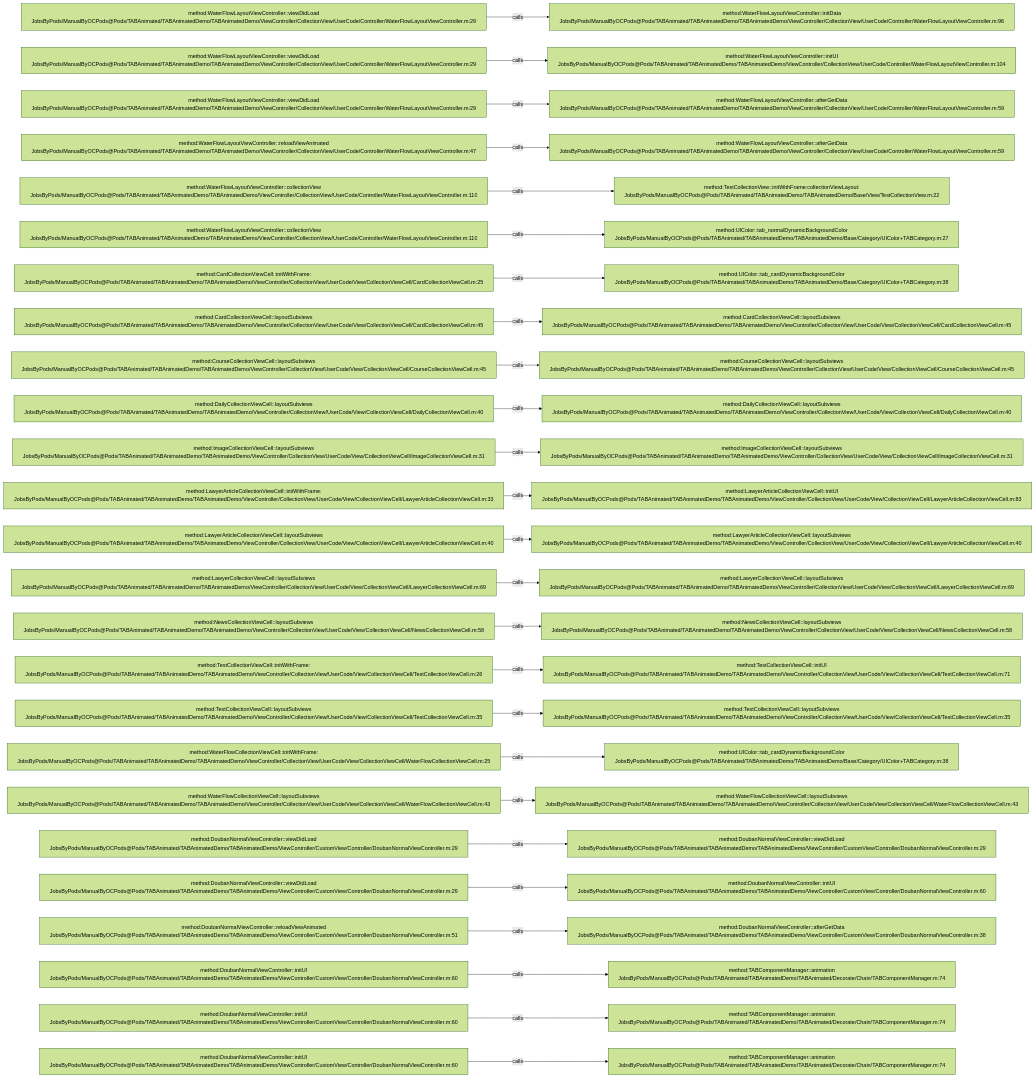
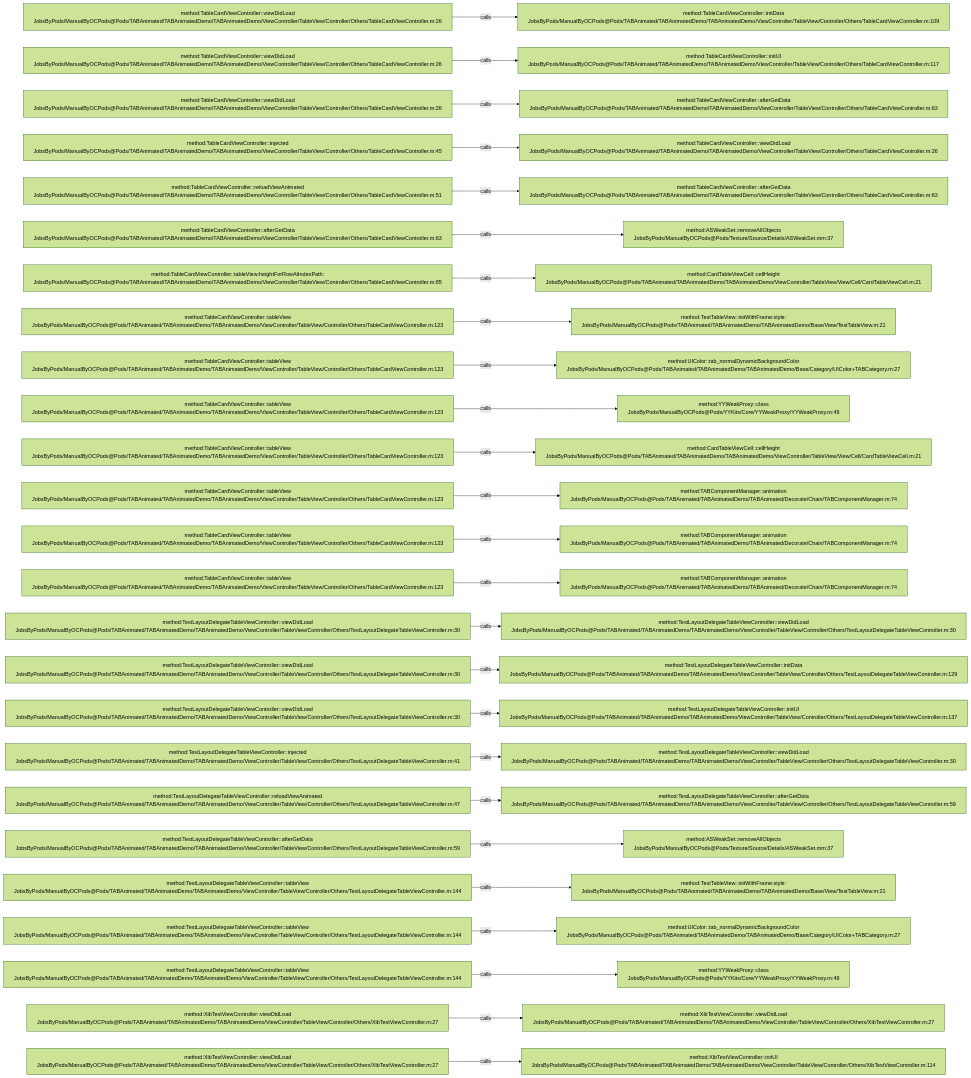
The diagram in .codegraph/codegraph.md/graphs/calls-051.md (JobsKits/JobsOCBaseConfigDemo), drawn with Mermaid (forest theme) before and after one commit. The commit also changed 1448 other files, not shown here.

````diff
--- a/.codegraph/codegraph.md/graphs/calls-051.md
+++ b/.codegraph/codegraph.md/graphs/calls-051.md
@@ -13,78 +13,78 @@
 ```mermaid
 flowchart LR
-  S1["method:WaterFlowLayoutViewController::viewDidLoad<br/>JobsByPods/ManualByOCPods@Pods/TABAnimated/TABAnimatedDemo/TABAnimatedDemo/ViewController/CollectionView/UserCode/Controller/WaterFlowLayoutViewController.m:29"]
-  T1["method:WaterFlowLayoutViewController::initData<br/>JobsByPods/ManualByOCPods@Pods/TABAnimated/TABAnimatedDemo/TABAnimatedDemo/ViewController/CollectionView/UserCode/Controller/WaterFlowLayoutViewController.m:96"]
+  S1["method:TableCardViewController::viewDidLoad<br/>JobsByPods/ManualByOCPods@Pods/TABAnimated/TABAnimatedDemo/TABAnimatedDemo/ViewController/TableView/Controller/Others/TableCardViewController.m:26"]
+  T1["method:TableCardViewController::initData<br/>JobsByPods/ManualByOCPods@Pods/TABAnimated/TABAnimatedDemo/TABAnimatedDemo/ViewController/TableView/Controller/Others/TableCardViewController.m:109"]
   S1 -->|calls| T1
-  S2["method:WaterFlowLayoutViewController::viewDidLoad<br/>JobsByPods/ManualByOCPods@Pods/TABAnimated/TABAnimatedDemo/TABAnimatedDemo/ViewController/CollectionView/UserCode/Controller/WaterFlowLayoutViewController.m:29"]
-  T2["method:WaterFlowLayoutViewController::initUI<br/>JobsByPods/ManualByOCPods@Pods/TABAnimated/TABAnimatedDemo/TABAnimatedDemo/ViewController/CollectionView/UserCode/Controller/WaterFlowLayoutViewController.m:104"]
+  S2["method:TableCardViewController::viewDidLoad<br/>JobsByPods/ManualByOCPods@Pods/TABAnimated/TABAnimatedDemo/TABAnimatedDemo/ViewController/TableView/Controller/Others/TableCardViewController.m:26"]
+  T2["method:TableCardViewController::initUI<br/>JobsByPods/ManualByOCPods@Pods/TABAnimated/TABAnimatedDemo/TABAnimatedDemo/ViewController/TableView/Controller/Others/TableCardViewController.m:117"]
   S2 -->|calls| T2
-  S3["method:WaterFlowLayoutViewController::viewDidLoad<br/>JobsByPods/ManualByOCPods@Pods/TABAnimated/TABAnimatedDemo/TABAnimatedDemo/ViewController/CollectionView/UserCode/Controller/WaterFlowLayoutViewController.m:29"]
-  T3["method:WaterFlowLayoutViewController::afterGetData<br/>JobsByPods/ManualByOCPods@Pods/TABAnimated/TABAnimatedDemo/TABAnimatedDemo/ViewController/CollectionView/UserCode/Controller/WaterFlowLayoutViewController.m:59"]
+  S3["method:TableCardViewController::viewDidLoad<br/>JobsByPods/ManualByOCPods@Pods/TABAnimated/TABAnimatedDemo/TABAnimatedDemo/ViewController/TableView/Controller/Others/TableCardViewController.m:26"]
+  T3["method:TableCardViewController::afterGetData<br/>JobsByPods/ManualByOCPods@Pods/TABAnimated/TABAnimatedDemo/TABAnimatedDemo/ViewController/TableView/Controller/Others/TableCardViewController.m:63"]
   S3 -->|calls| T3
-  S4["method:WaterFlowLayoutViewController::reloadViewAnimated<br/>JobsByPods/ManualByOCPods@Pods/TABAnimated/TABAnimatedDemo/TABAnimatedDemo/ViewController/CollectionView/UserCode/Controller/WaterFlowLayoutViewController.m:47"]
-  T4["method:WaterFlowLayoutViewController::afterGetData<br/>JobsByPods/ManualByOCPods@Pods/TABAnimated/TABAnimatedDemo/TABAnimatedDemo/ViewController/CollectionView/UserCode/Controller/WaterFlowLayoutViewController.m:59"]
+  S4["method:TableCardViewController::injected<br/>JobsByPods/ManualByOCPods@Pods/TABAnimated/TABAnimatedDemo/TABAnimatedDemo/ViewController/TableView/Controller/Others/TableCardViewController.m:45"]
+  T4["method:TableCardViewController::viewDidLoad<br/>JobsByPods/ManualByOCPods@Pods/TABAnimated/TABAnimatedDemo/TABAnimatedDemo/ViewController/TableView/Controller/Others/TableCardViewController.m:26"]
   S4 -->|calls| T4
-  S5["method:WaterFlowLayoutViewController::collectionView<br/>JobsByPods/ManualByOCPods@Pods/TABAnimated/TABAnimatedDemo/TABAnimatedDemo/ViewController/CollectionView/UserCode/Controller/WaterFlowLayoutViewController.m:110"]
-  T5["method:TestCollectionView::initWithFrame:collectionViewLayout:<br/>JobsByPods/ManualByOCPods@Pods/TABAnimated/TABAnimatedDemo/TABAnimatedDemo/Base/View/TestCollectionView.m:22"]
+  S5["method:TableCardViewController::reloadViewAnimated<br/>JobsByPods/ManualByOCPods@Pods/TABAnimated/TABAnimatedDemo/TABAnimatedDemo/ViewController/TableView/Controller/Others/TableCardViewController.m:51"]
+  T5["method:TableCardViewController::afterGetData<br/>JobsByPods/ManualByOCPods@Pods/TABAnimated/TABAnimatedDemo/TABAnimatedDemo/ViewController/TableView/Controller/Others/TableCardViewController.m:63"]
   S5 -->|calls| T5
-  S6["method:WaterFlowLayoutViewController::collectionView<br/>JobsByPods/ManualByOCPods@Pods/TABAnimated/TABAnimatedDemo/TABAnimatedDemo/ViewController/CollectionView/UserCode/Controller/WaterFlowLayoutViewController.m:110"]
-  T6["method:UIColor::tab_normalDynamicBackgroundColor<br/>JobsByPods/ManualByOCPods@Pods/TABAnimated/TABAnimatedDemo/TABAnimatedDemo/Base/Category/UIColor+TABCategory.m:27"]
+  S6["method:TableCardViewController::afterGetData<br/>JobsByPods/ManualByOCPods@Pods/TABAnimated/TABAnimatedDemo/TABAnimatedDemo/ViewController/TableView/Controller/Others/TableCardViewController.m:63"]
+  T6["method:ASWeakSet::removeAllObjects<br/>JobsByPods/ManualByOCPods@Pods/Texture/Source/Details/ASWeakSet.mm:37"]
   S6 -->|calls| T6
-  S7["method:CardCollectionViewCell::initWithFrame:<br/>JobsByPods/ManualByOCPods@Pods/TABAnimated/TABAnimatedDemo/TABAnimatedDemo/ViewController/CollectionView/UserCode/View/CollectionViewCell/CardCollectionViewCell.m:25"]
-  T7["method:UIColor::tab_cardDynamicBackgroundColor<br/>JobsByPods/ManualByOCPods@Pods/TABAnimated/TABAnimatedDemo/TABAnimatedDemo/Base/Category/UIColor+TABCategory.m:38"]
+  S7["method:TableCardViewController::tableView:heightForRowAtIndexPath:<br/>JobsByPods/ManualByOCPods@Pods/TABAnimated/TABAnimatedDemo/TABAnimatedDemo/ViewController/TableView/Controller/Others/TableCardViewController.m:85"]
+  T7["method:CardTableViewCell::cellHeight<br/>JobsByPods/ManualByOCPods@Pods/TABAnimated/TABAnimatedDemo/TABAnimatedDemo/ViewController/TableView/View/Cell/CardTableViewCell.m:21"]
   S7 -->|calls| T7
-  S8["method:CardCollectionViewCell::layoutSubviews<br/>JobsByPods/ManualByOCPods@Pods/TABAnimated/TABAnimatedDemo/TABAnimatedDemo/ViewController/CollectionView/UserCode/View/CollectionViewCell/CardCollectionViewCell.m:45"]
-  T8["method:CardCollectionViewCell::layoutSubviews<br/>JobsByPods/ManualByOCPods@Pods/TABAnimated/TABAnimatedDemo/TABAnimatedDemo/ViewController/CollectionView/UserCode/View/CollectionViewCell/CardCollectionViewCell.m:45"]
+  S8["method:TableCardViewController::tableView<br/>JobsByPods/ManualByOCPods@Pods/TABAnimated/TABAnimatedDemo/TABAnimatedDemo/ViewController/TableView/Controller/Others/TableCardViewController.m:123"]
+  T8["method:TestTableView::initWithFrame:style:<br/>JobsByPods/ManualByOCPods@Pods/TABAnimated/TABAnimatedDemo/TABAnimatedDemo/Base/View/TestTableView.m:21"]
   S8 -->|calls| T8
-  S9["method:CourseCollectionViewCell::layoutSubviews<br/>JobsByPods/ManualByOCPods@Pods/TABAnimated/TABAnimatedDemo/TABAnimatedDemo/ViewController/CollectionView/UserCode/View/CollectionViewCell/CourseCollectionViewCell.m:45"]
-  T9["method:CourseCollectionViewCell::layoutSubviews<br/>JobsByPods/ManualByOCPods@Pods/TABAnimated/TABAnimatedDemo/TABAnimatedDemo/ViewController/CollectionView/UserCode/View/CollectionViewCell/CourseCollectionViewCell.m:45"]
+  S9["method:TableCardViewController::tableView<br/>JobsByPods/ManualByOCPods@Pods/TABAnimated/TABAnimatedDemo/TABAnimatedDemo/ViewController/TableView/Controller/Others/TableCardViewController.m:123"]
+  T9["method:UIColor::tab_normalDynamicBackgroundColor<br/>JobsByPods/ManualByOCPods@Pods/TABAnimated/TABAnimatedDemo/TABAnimatedDemo/Base/Category/UIColor+TABCategory.m:27"]
   S9 -->|calls| T9
-  S10["method:DailyCollectionViewCell::layoutSubviews<br/>JobsByPods/ManualByOCPods@Pods/TABAnimated/TABAnimatedDemo/TABAnimatedDemo/ViewController/CollectionView/UserCode/View/CollectionViewCell/DailyCollectionViewCell.m:40"]
-  T10["method:DailyCollectionViewCell::layoutSubviews<br/>JobsByPods/ManualByOCPods@Pods/TABAnimated/TABAnimatedDemo/TABAnimatedDemo/ViewController/CollectionView/UserCode/View/CollectionViewCell/DailyCollectionViewCell.m:40"]
+  S10["method:TableCardViewController::tableView<br/>JobsByPods/ManualByOCPods@Pods/TABAnimated/TABAnimatedDemo/TABAnimatedDemo/ViewController/TableView/Controller/Others/TableCardViewController.m:123"]
+  T10["method:YYWeakProxy::class<br/>JobsByPods/ManualByOCPods@Pods/YYKits/Core/YYWeakProxy/YYWeakProxy.m:49"]
   S10 -->|calls| T10
-  S11["method:ImageCollectionViewCell::layoutSubviews<br/>JobsByPods/ManualByOCPods@Pods/TABAnimated/TABAnimatedDemo/TABAnimatedDemo/ViewController/CollectionView/UserCode/View/CollectionViewCell/ImageCollectionViewCell.m:31"]
-  T11["method:ImageCollectionViewCell::layoutSubviews<br/>JobsByPods/ManualByOCPods@Pods/TABAnimated/TABAnimatedDemo/TABAnimatedDemo/ViewController/CollectionView/UserCode/View/CollectionViewCell/ImageCollectionViewCell.m:31"]
+  S11["method:TableCardViewController::tableView<br/>JobsByPods/ManualByOCPods@Pods/TABAnimated/TABAnimatedDemo/TABAnimatedDemo/ViewController/TableView/Controller/Others/TableCardViewController.m:123"]
+  T11["method:CardTableViewCell::cellHeight<br/>JobsByPods/ManualByOCPods@Pods/TABAnimated/TABAnimatedDemo/TABAnimatedDemo/ViewController/TableView/View/Cell/CardTableViewCell.m:21"]
   S11 -->|calls| T11
-  S12["method:LawyerArticleCollectionViewCell::initWithFrame:<br/>JobsByPods/ManualByOCPods@Pods/TABAnimated/TABAnimatedDemo/TABAnimatedDemo/ViewController/CollectionView/UserCode/View/CollectionViewCell/LawyerArticleCollectionViewCell.m:33"]
-  T12["method:LawyerArticleCollectionViewCell::initUI<br/>JobsByPods/ManualByOCPods@Pods/TABAnimated/TABAnimatedDemo/TABAnimatedDemo/ViewController/CollectionView/UserCode/View/CollectionViewCell/LawyerArticleCollectionViewCell.m:83"]
+  S12["method:TableCardViewController::tableView<br/>JobsByPods/ManualByOCPods@Pods/TABAnimated/TABAnimatedDemo/TABAnimatedDemo/ViewController/TableView/Controller/Others/TableCardViewController.m:123"]
+  T12["method:TABComponentManager::animation<br/>JobsByPods/ManualByOCPods@Pods/TABAnimated/TABAnimatedDemo/TABAnimated/Decorate/Chain/TABComponentManager.m:74"]
   S12 -->|calls| T12
-  S13["method:LawyerArticleCollectionViewCell::layoutSubviews<br/>JobsByPods/ManualByOCPods@Pods/TABAnimated/TABAnimatedDemo/TABAnimatedDemo/ViewController/CollectionView/UserCode/View/CollectionViewCell/LawyerArticleCollectionViewCell.m:40"]
-  T13["method:LawyerArticleCollectionViewCell::layoutSubviews<br/>JobsByPods/ManualByOCPods@Pods/TABAnimated/TABAnimatedDemo/TABAnimatedDemo/ViewController/CollectionView/UserCode/View/CollectionViewCell/LawyerArticleCollectionViewCell.m:40"]
+  S13["method:TableCardViewController::tableView<br/>JobsByPods/ManualByOCPods@Pods/TABAnimated/TABAnimatedDemo/TABAnimatedDemo/ViewController/TableView/Controller/Others/TableCardViewController.m:123"]
+  T13["method:TABComponentManager::animation<br/>JobsByPods/ManualByOCPods@Pods/TABAnimated/TABAnimatedDemo/TABAnimated/Decorate/Chain/TABComponentManager.m:74"]
   S13 -->|calls| T13
-  S14["method:LawyerCollectionViewCell::layoutSubviews<br/>JobsByPods/ManualByOCPods@Pods/TABAnimated/TABAnimatedDemo/TABAnimatedDemo/ViewController/CollectionView/UserCode/View/CollectionViewCell/LawyerCollectionViewCell.m:69"]
-  T14["method:LawyerCollectionViewCell::layoutSubviews<br/>JobsByPods/ManualByOCPods@Pods/TABAnimated/TABAnimatedDemo/TABAnimatedDemo/ViewController/CollectionView/UserCode/View/CollectionViewCell/LawyerCollectionViewCell.m:69"]
+  S14["method:TableCardViewController::tableView<br/>JobsByPods/ManualByOCPods@Pods/TABAnimated/TABAnimatedDemo/TABAnimatedDemo/ViewController/TableView/Controller/Others/TableCardViewController.m:123"]
+  T14["method:TABComponentManager::animation<br/>JobsByPods/ManualByOCPods@Pods/TABAnimated/TABAnimatedDemo/TABAnimated/Decorate/Chain/TABComponentManager.m:74"]
   S14 -->|calls| T14
-  S15["method:NewsCollectionViewCell::layoutSubviews<br/>JobsByPods/ManualByOCPods@Pods/TABAnimated/TABAnimatedDemo/TABAnimatedDemo/ViewController/CollectionView/UserCode/View/CollectionViewCell/NewsCollectionViewCell.m:58"]
-  T15["method:NewsCollectionViewCell::layoutSubviews<br/>JobsByPods/ManualByOCPods@Pods/TABAnimated/TABAnimatedDemo/TABAnimatedDemo/ViewController/CollectionView/UserCode/View/CollectionViewCell/NewsCollectionViewCell.m:58"]
+  S15["method:TestLayoutDelegateTableViewController::viewDidLoad<br/>JobsByPods/ManualByOCPods@Pods/TABAnimated/TABAnimatedDemo/TABAnimatedDemo/ViewController/TableView/Controller/Others/TestLayoutDelegateTableViewController.m:30"]
+  T15["method:TestLayoutDelegateTableViewController::viewDidLoad<br/>JobsByPods/ManualByOCPods@Pods/TABAnimated/TABAnimatedDemo/TABAnimatedDemo/ViewController/TableView/Controller/Others/TestLayoutDelegateTableViewController.m:30"]
   S15 -->|calls| T15
-  S16["method:TestCollectionViewCell::initWithFrame:<br/>JobsByPods/ManualByOCPods@Pods/TABAnimated/TABAnimatedDemo/TABAnimatedDemo/ViewController/CollectionView/UserCode/View/CollectionViewCell/TestCollectionViewCell.m:26"]
-  T16["method:TestCollectionViewCell::initUI<br/>JobsByPods/ManualByOCPods@Pods/TABAnimated/TABAnimatedDemo/TABAnimatedDemo/ViewController/CollectionView/UserCode/View/CollectionViewCell/TestCollectionViewCell.m:71"]
+  S16["method:TestLayoutDelegateTableViewController::viewDidLoad<br/>JobsByPods/ManualByOCPods@Pods/TABAnimated/TABAnimatedDemo/TABAnimatedDemo/ViewController/TableView/Controller/Others/TestLayoutDelegateTableViewController.m:30"]
+  T16["method:TestLayoutDelegateTableViewController::initData<br/>JobsByPods/ManualByOCPods@Pods/TABAnimated/TABAnimatedDemo/TABAnimatedDemo/ViewController/TableView/Controller/Others/TestLayoutDelegateTableViewController.m:129"]
   S16 -->|calls| T16
-  S17["method:TestCollectionViewCell::layoutSubviews<br/>JobsByPods/ManualByOCPods@Pods/TABAnimated/TABAnimatedDemo/TABAnimatedDemo/ViewController/CollectionView/UserCode/View/CollectionViewCell/TestCollectionViewCell.m:35"]
-  T17["method:TestCollectionViewCell::layoutSubviews<br/>JobsByPods/ManualByOCPods@Pods/TABAnimated/TABAnimatedDemo/TABAnimatedDemo/ViewController/CollectionView/UserCode/View/CollectionViewCell/TestCollectionViewCell.m:35"]
+  S17["method:TestLayoutDelegateTableViewController::viewDidLoad<br/>JobsByPods/ManualByOCPods@Pods/TABAnimated/TABAnimatedDemo/TABAnimatedDemo/ViewController/TableView/Controller/Others/TestLayoutDelegateTableViewController.m:30"]
+  T17["method:TestLayoutDelegateTableViewController::initUI<br/>JobsByPods/ManualByOCPods@Pods/TABAnimated/TABAnimatedDemo/TABAnimatedDemo/ViewController/TableView/Controller/Others/TestLayoutDelegateTableViewController.m:137"]
   S17 -->|calls| T17
-  S18["method:WaterFlowCollectionViewCell::initWithFrame:<br/>JobsByPods/ManualByOCPods@Pods/TABAnimated/TABAnimatedDemo/TABAnimatedDemo/ViewController/CollectionView/UserCode/View/CollectionViewCell/WaterFlowCollectionViewCell.m:25"]
-  T18["method:UIColor::tab_cardDynamicBackgroundColor<br/>JobsByPods/ManualByOCPods@Pods/TABAnimated/TABAnimatedDemo/TABAnimatedDemo/Base/Category/UIColor+TABCategory.m:38"]
+  S18["method:TestLayoutDelegateTableViewController::injected<br/>JobsByPods/ManualByOCPods@Pods/TABAnimated/TABAnimatedDemo/TABAnimatedDemo/ViewController/TableView/Controller/Others/TestLayoutDelegateTableViewController.m:41"]
+  T18["method:TestLayoutDelegateTableViewController::viewDidLoad<br/>JobsByPods/ManualByOCPods@Pods/TABAnimated/TABAnimatedDemo/TABAnimatedDemo/ViewController/TableView/Controller/Others/TestLayoutDelegateTableViewController.m:30"]
   S18 -->|calls| T18
-  S19["method:WaterFlowCollectionViewCell::layoutSubviews<br/>JobsByPods/ManualByOCPods@Pods/TABAnimated/TABAnimatedDemo/TABAnimatedDemo/ViewController/CollectionView/UserCode/View/CollectionViewCell/WaterFlowCollectionViewCell.m:43"]
-  T19["method:WaterFlowCollectionViewCell::layoutSubviews<br/>JobsByPods/ManualByOCPods@Pods/TABAnimated/TABAnimatedDemo/TABAnimatedDemo/ViewController/CollectionView/UserCode/View/CollectionViewCell/WaterFlowCollectionViewCell.m:43"]
+  S19["method:TestLayoutDelegateTableViewController::reloadViewAnimated<br/>JobsByPods/ManualByOCPods@Pods/TABAnimated/TABAnimatedDemo/TABAnimatedDemo/ViewController/TableView/Controller/Others/TestLayoutDelegateTableViewController.m:47"]
+  T19["method:TestLayoutDelegateTableViewController::afterGetData<br/>JobsByPods/ManualByOCPods@Pods/TABAnimated/TABAnimatedDemo/TABAnimatedDemo/ViewController/TableView/Controller/Others/TestLayoutDelegateTableViewController.m:59"]
   S19 -->|calls| T19
-  S20["method:DoubanNormalViewController::viewDidLoad<br/>JobsByPods/ManualByOCPods@Pods/TABAnimated/TABAnimatedDemo/TABAnimatedDemo/ViewController/CustomView/Controller/DoubanNormalViewController.m:29"]
-  T20["method:DoubanNormalViewController::viewDidLoad<br/>JobsByPods/ManualByOCPods@Pods/TABAnimated/TABAnimatedDemo/TABAnimatedDemo/ViewController/CustomView/Controller/DoubanNormalViewController.m:29"]
+  S20["method:TestLayoutDelegateTableViewController::afterGetData<br/>JobsByPods/ManualByOCPods@Pods/TABAnimated/TABAnimatedDemo/TABAnimatedDemo/ViewController/TableView/Controller/Others/TestLayoutDelegateTableViewController.m:59"]
+  T20["method:ASWeakSet::removeAllObjects<br/>JobsByPods/ManualByOCPods@Pods/Texture/Source/Details/ASWeakSet.mm:37"]
   S20 -->|calls| T20
-  S21["method:DoubanNormalViewController::viewDidLoad<br/>JobsByPods/ManualByOCPods@Pods/TABAnimated/TABAnimatedDemo/TABAnimatedDemo/ViewController/CustomView/Controller/DoubanNormalViewController.m:29"]
-  T21["method:DoubanNormalViewController::initUI<br/>JobsByPods/ManualByOCPods@Pods/TABAnimated/TABAnimatedDemo/TABAnimatedDemo/ViewController/CustomView/Controller/DoubanNormalViewController.m:60"]
+  S21["method:TestLayoutDelegateTableViewController::tableView<br/>JobsByPods/ManualByOCPods@Pods/TABAnimated/TABAnimatedDemo/TABAnimatedDemo/ViewController/TableView/Controller/Others/TestLayoutDelegateTableViewController.m:144"]
+  T21["method:TestTableView::initWithFrame:style:<br/>JobsByPods/ManualByOCPods@Pods/TABAnimated/TABAnimatedDemo/TABAnimatedDemo/Base/View/TestTableView.m:21"]
   S21 -->|calls| T21
-  S22["method:DoubanNormalViewController::reloadViewAnimated<br/>JobsByPods/ManualByOCPods@Pods/TABAnimated/TABAnimatedDemo/TABAnimatedDemo/ViewController/CustomView/Controller/DoubanNormalViewController.m:51"]
-  T22["method:DoubanNormalViewController::afterGetData<br/>JobsByPods/ManualByOCPods@Pods/TABAnimated/TABAnimatedDemo/TABAnimatedDemo/ViewController/CustomView/Controller/DoubanNormalViewController.m:38"]
+  S22["method:TestLayoutDelegateTableViewController::tableView<br/>JobsByPods/ManualByOCPods@Pods/TABAnimated/TABAnimatedDemo/TABAnimatedDemo/ViewController/TableView/Controller/Others/TestLayoutDelegateTableViewController.m:144"]
+  T22["method:UIColor::tab_normalDynamicBackgroundColor<br/>JobsByPods/ManualByOCPods@Pods/TABAnimated/TABAnimatedDemo/TABAnimatedDemo/Base/Category/UIColor+TABCategory.m:27"]
   S22 -->|calls| T22
-  S23["method:DoubanNormalViewController::initUI<br/>JobsByPods/ManualByOCPods@Pods/TABAnimated/TABAnimatedDemo/TABAnimatedDemo/ViewController/CustomView/Controller/DoubanNormalViewController.m:60"]
-  T23["method:TABComponentManager::animation<br/>JobsByPods/ManualByOCPods@Pods/TABAnimated/TABAnimatedDemo/TABAnimated/Decorate/Chain/TABComponentManager.m:74"]
+  S23["method:TestLayoutDelegateTableViewController::tableView<br/>JobsByPods/ManualByOCPods@Pods/TABAnimated/TABAnimatedDemo/TABAnimatedDemo/ViewController/TableView/Controller/Others/TestLayoutDelegateTableViewController.m:144"]
+  T23["method:YYWeakProxy::class<br/>JobsByPods/ManualByOCPods@Pods/YYKits/Core/YYWeakProxy/YYWeakProxy.m:49"]
   S23 -->|calls| T23
-  S24["method:DoubanNormalViewController::initUI<br/>JobsByPods/ManualByOCPods@Pods/TABAnimated/TABAnimatedDemo/TABAnimatedDemo/ViewController/CustomView/Controller/DoubanNormalViewController.m:60"]
-  T24["method:TABComponentManager::animation<br/>JobsByPods/ManualByOCPods@Pods/TABAnimated/TABAnimatedDemo/TABAnimated/Decorate/Chain/TABComponentManager.m:74"]
+  S24["method:XibTestViewController::viewDidLoad<br/>JobsByPods/ManualByOCPods@Pods/TABAnimated/TABAnimatedDemo/TABAnimatedDemo/ViewController/TableView/Controller/Others/XibTestViewController.m:27"]
+  T24["method:XibTestViewController::viewDidLoad<br/>JobsByPods/ManualByOCPods@Pods/TABAnimated/TABAnimatedDemo/TABAnimatedDemo/ViewController/TableView/Controller/Others/XibTestViewController.m:27"]
   S24 -->|calls| T24
-  S25["method:DoubanNormalViewController::initUI<br/>JobsByPods/ManualByOCPods@Pods/TABAnimated/TABAnimatedDemo/TABAnimatedDemo/ViewController/CustomView/Controller/DoubanNormalViewController.m:60"]
-  T25["method:TABComponentManager::animation<br/>JobsByPods/ManualByOCPods@Pods/TABAnimated/TABAnimatedDemo/TABAnimated/Decorate/Chain/TABComponentManager.m:74"]
+  S25["method:XibTestViewController::viewDidLoad<br/>JobsByPods/ManualByOCPods@Pods/TABAnimated/TABAnimatedDemo/TABAnimatedDemo/ViewController/TableView/Controller/Others/XibTestViewController.m:27"]
+  T25["method:XibTestViewController::initUI<br/>JobsByPods/ManualByOCPods@Pods/TABAnimated/TABAnimatedDemo/TABAnimatedDemo/ViewController/TableView/Controller/Others/XibTestViewController.m:114"]
   S25 -->|calls| T25
 ```
````
